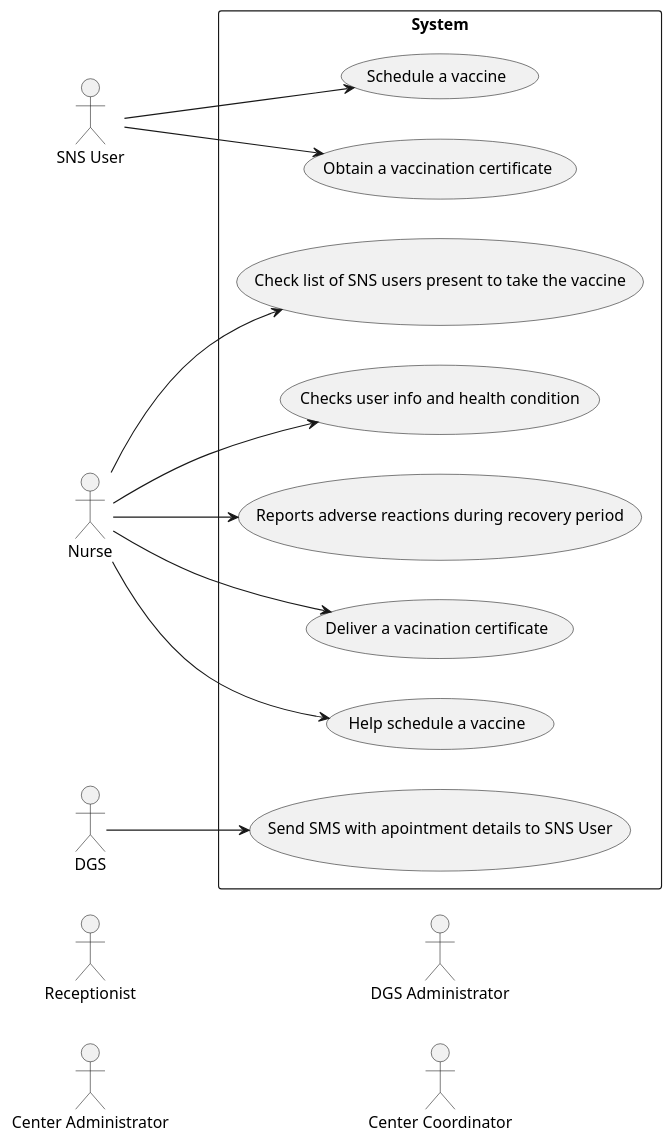
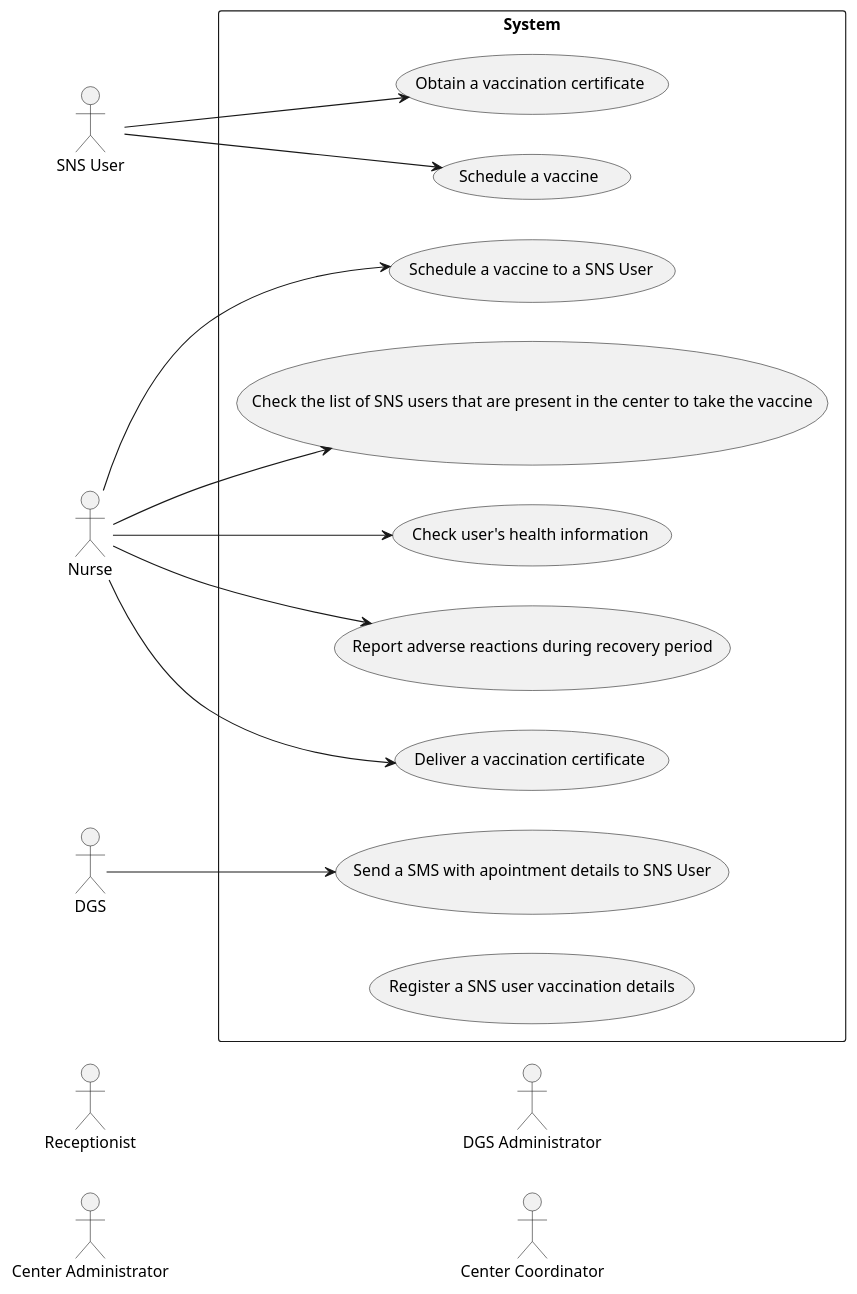
One commit to miseEnPlace-i/lapr2 changed the diagram in docs/SprintA/UCD.puml. Above: the diagram before and after it, drawn with PlantUML.

Commit message:
fix(ucd): fixed language & missing uc

```diff
--- a/docs/SprintA/UCD.puml
+++ b/docs/SprintA/UCD.puml
@@ -1,34 +1,35 @@
 @startuml UCD
 
 left to right direction
 
 actor "SNS User" as user
 actor "Nurse" as nurse
 actor "Receptionist" as recept
 actor "Center Administrator" as cadmin
 actor "DGS Administrator" as dgsadmin
 actor "Center Coordinator" as coordinator
 actor "DGS" as dgs
 
 rectangle System {
   usecase "Schedule a vaccine" as UC1
   usecase "Obtain a vaccination certificate" as UC2
-  usecase "Send SMS with apointment details to SNS User" as UC3
-  usecase "Deliver a vacination certificate" as UC4 
-  usecase "Help schedule a vaccine" as UC5
-  usecase "Check list of SNS users present to take the vaccine" as UC6
-  usecase "Checks user info and health condition" as UC7
-  usecase "Reports adverse reactions during recovery period" as UC8
+  usecase "Send a SMS with apointment details to SNS User" as UC3
+  usecase "Deliver a vaccination certificate" as UC4  
+  usecase "Schedule a vaccine to a SNS User" as UC5
+  usecase "Check the list of SNS users that are present in the center to take the vaccine" as UC6
+  usecase "Check user's health information" as UC7
+  usecase "Report adverse reactions during recovery period" as UC8
+  usecase "Register a SNS user vaccination details"
   
 }
 
 user --> UC1
 user --> UC2
 dgs --> UC3
 nurse --> UC4
 nurse --> UC5
 nurse --> UC6
 nurse --> UC7
 nurse --> UC8
 
 @enduml
```
